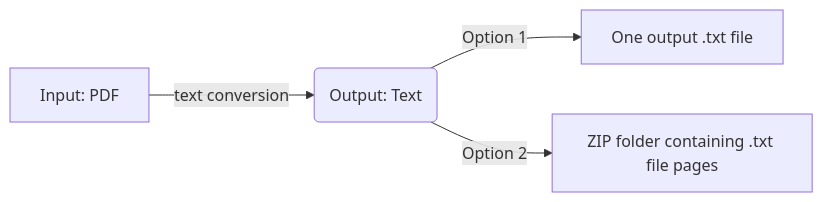
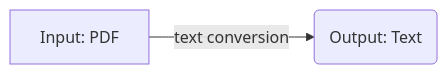
One commit to aayushJkumar/PDF2TXT changed the diagram in README.md. Above: the diagram before and after it, drawn with Mermaid.

Commit message:
Updated the options

````diff
--- a/README.md
+++ b/README.md
@@ -8,8 +8,7 @@
 ```mermaid
 flowchart LR
 
 A[Input: PDF] --> |text conversion| B(Output: Text)
-B --> |Option 1| D[One output .txt file]
-B --> |Option 2| E[ZIP folder containing .txt file pages]
+
 
 ```
````
